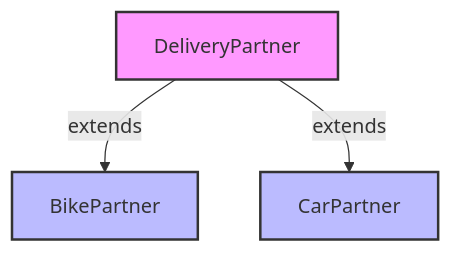
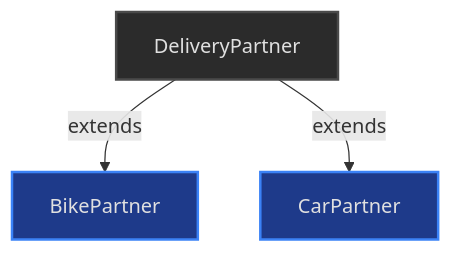
Before and after one commit to Shree2604/LL-System-Design: the second of 3 diagrams in Day01/Polymorphism/README.md, drawn with Mermaid. The commit also changed other lines of this file and 3 other files, not shown here.

````diff
--- a/Day01/Polymorphism/README.md
+++ b/Day01/Polymorphism/README.md
@@ -29,9 +38,9 @@
 ```mermaid
 graph TD
     A[DeliveryPartner] -->|extends| B[BikePartner]
     A -->|extends| C[CarPartner]
     
-    style A fill:#f9f,stroke:#333,stroke-width:2px
-    style B fill:#bbf,stroke:#333,stroke-width:2px
-    style C fill:#bbf,stroke:#333,stroke-width:2px
+    style A fill:#2b2b2b,stroke:#4a4a4a,color:#e0e0e0,stroke-width:2px
+    style B fill:#1e3a8a,stroke:#3b82f6,color:#e0e0e0,stroke-width:2px
+    style C fill:#1e3a8a,stroke:#3b82f6,color:#e0e0e0,stroke-width:2px
 ```
````
